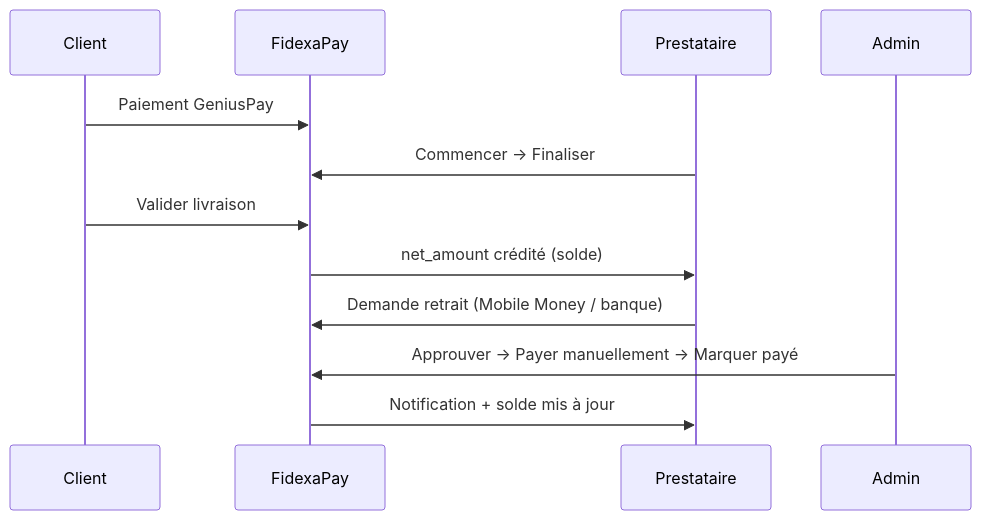
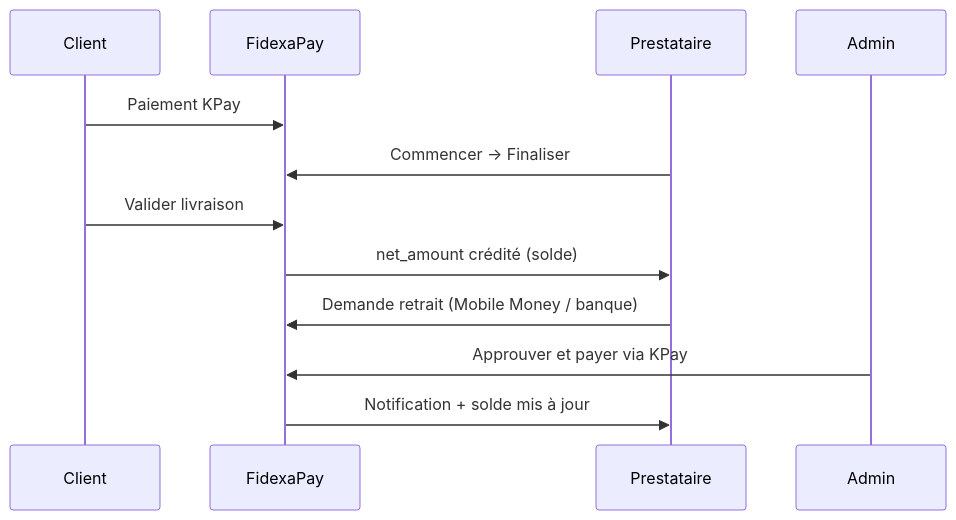
One commit to arody23/fidexa-secure-pay changed the diagram in docs/WITHDRAWAL_POLICY.md. Above: the diagram before and after it, drawn with Mermaid. The commit also changed other lines of this file and 68 other files, not shown here.

````diff
--- a/docs/WITHDRAWAL_POLICY.md
+++ b/docs/WITHDRAWAL_POLICY.md
@@ -36,15 +36,15 @@
 ```mermaid
 sequenceDiagram
   participant C as Client
   participant F as FidexaPay
   participant P as Prestataire
   participant A as Admin
 
-  C->>F: Paiement GeniusPay
+  C->>F: Paiement KPay
   P->>F: Commencer → Finaliser
   C->>F: Valider livraison
   F->>P: net_amount crédité (solde)
   P->>F: Demande retrait (Mobile Money / banque)
-  A->>F: Approuver → Payer manuellement → Marquer payé
+  A->>F: Approuver et payer via KPay
   F->>P: Notification + solde mis à jour
 ```
````
